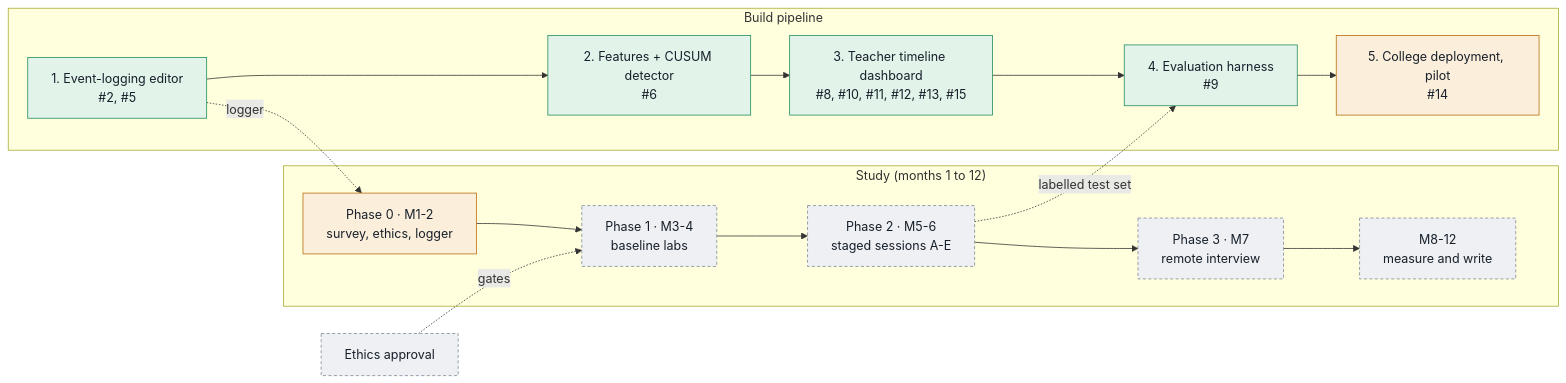
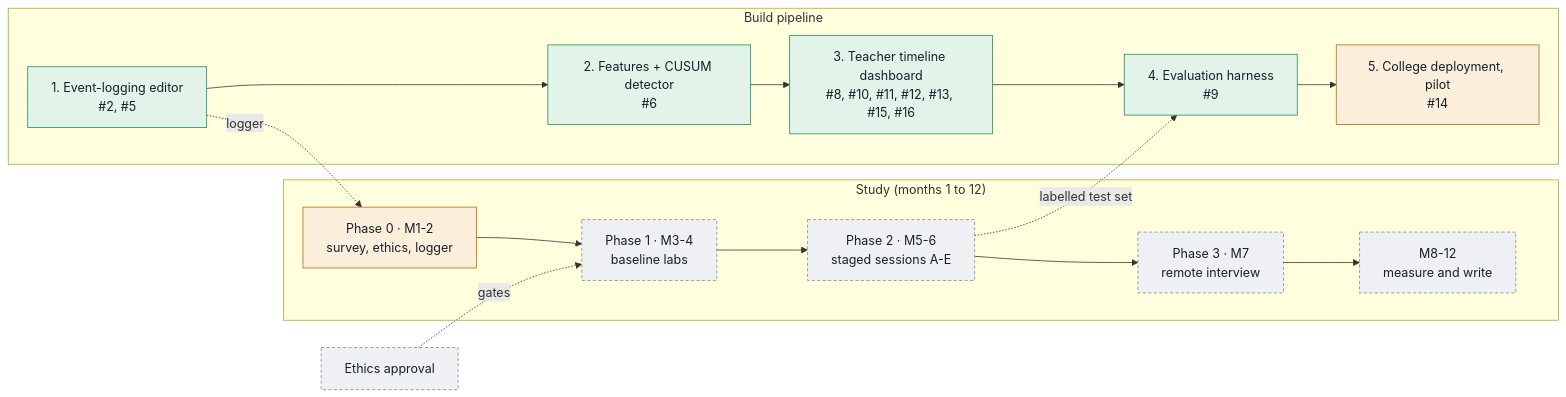
The diagram in thesis/progress/STATUS.md (codehamster69/student-ide), drawn with Mermaid before and after one commit. The commit also changed other lines of this file and 8 other files, not shown here.

First line of the commit message:
Live view: docs, brain entry, thesis section and figures, progress diagram (#16)

````diff
--- a/thesis/progress/STATUS.md
+++ b/thesis/progress/STATUS.md
@@ -14,22 +14,22 @@
 ```mermaid
 flowchart LR
   classDef done fill:#e2f3ea,stroke:#1f8a5b,color:#18202b
   classDef prog fill:#fbefdc,stroke:#b86a0b,color:#18202b
   classDef pend fill:#eef0f3,stroke:#7c8696,stroke-dasharray:4 3,color:#18202b
 
   subgraph Build["Build pipeline"]
     B1["1. Event-logging editor<br/>#2, #5"]:::done --> B2["2. Features + CUSUM detector<br/>#6"]:::done
-    B2 --> B3["3. Teacher timeline dashboard<br/>#8, #10, #11, #12, #13, #15"]:::done --> B4["4. Evaluation harness<br/>#9"]:::done
+    B2 --> B3["3. Teacher timeline dashboard<br/>#8, #10, #11, #12, #13, #15, #16"]:::done --> B4["4. Evaluation harness<br/>#9"]:::done
     B4 --> B5["5. College deployment, pilot<br/>#14"]:::prog
   end
 
   subgraph Study["Study (months 1 to 12)"]
     P0["Phase 0 · M1-2<br/>survey, ethics, logger"]:::prog --> P1["Phase 1 · M3-4<br/>baseline labs"]:::pend
     P1 --> P2["Phase 2 · M5-6<br/>staged sessions A-E"]:::pend --> P3["Phase 3 · M7<br/>remote interview"]:::pend
     P3 --> W["M8-12<br/>measure and write"]:::pend
   end
 
   E["Ethics approval"]:::pend -. gates .-> P1
   B1 -. logger .-> P0
   P2 -. labelled test set .-> B4
 ```
````
